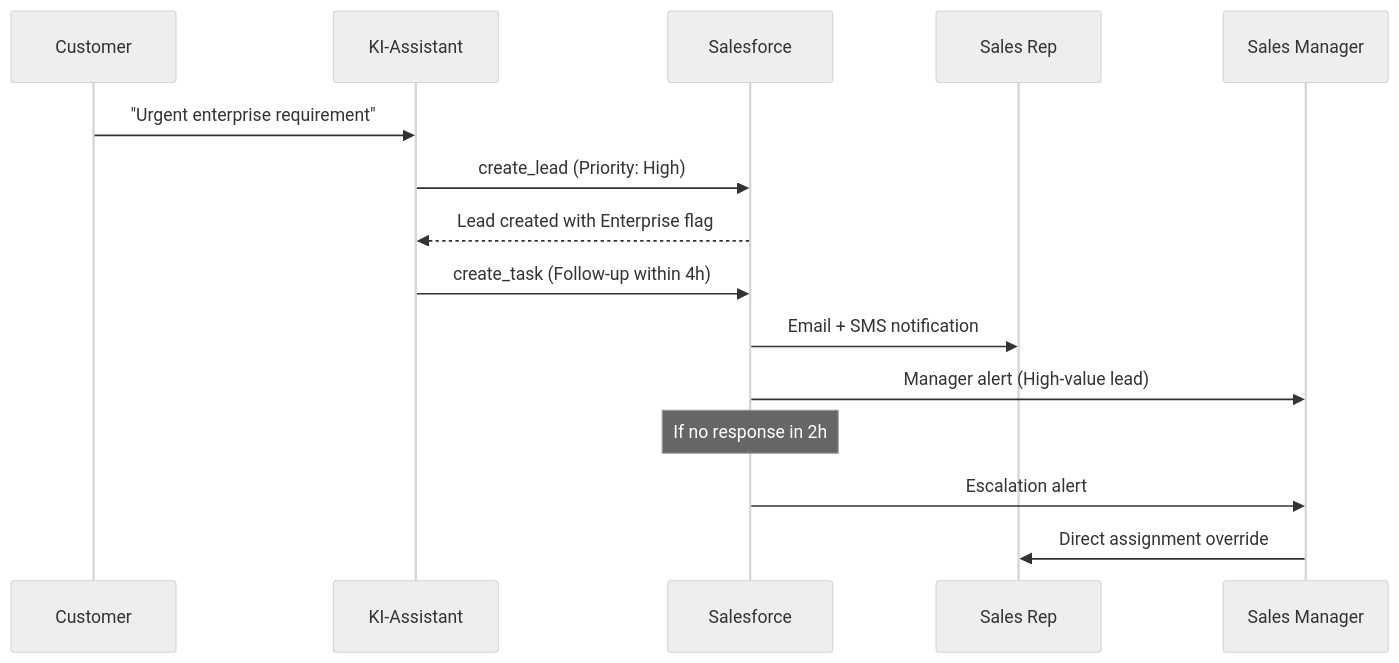
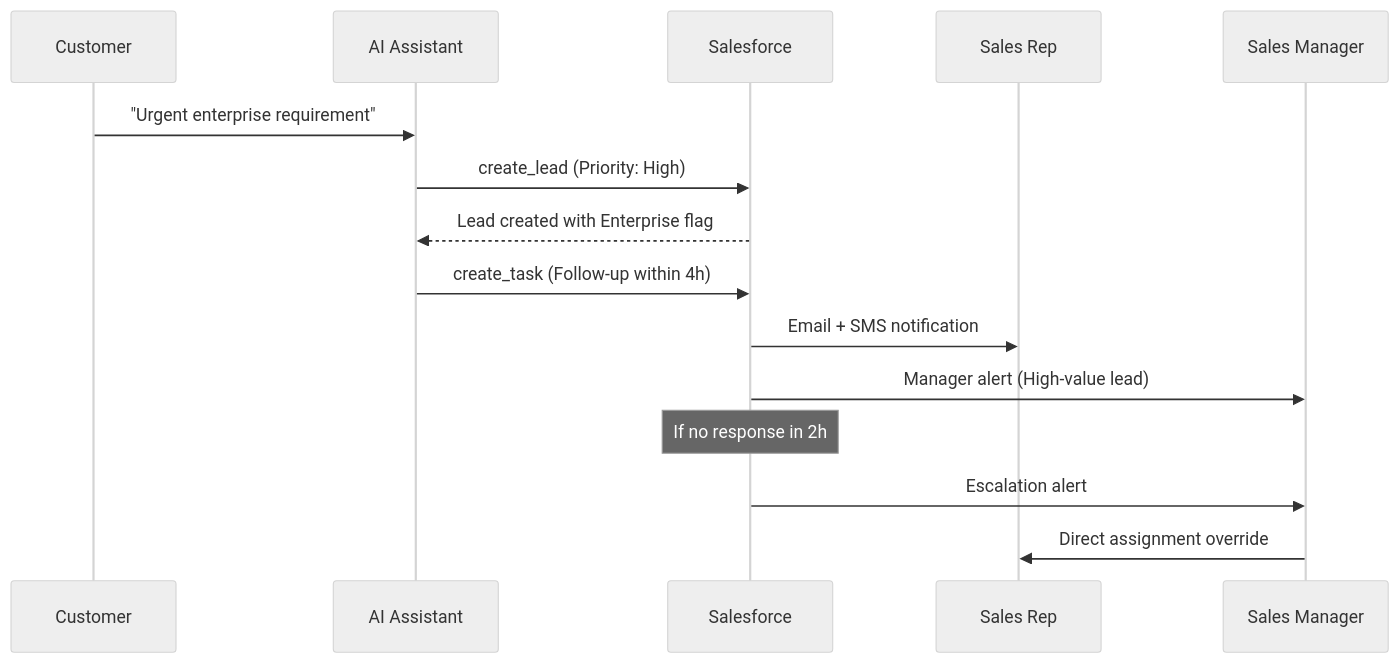
The second of 2 diagrams in en/automation-platform/mid-call-tools/integration-templates/salesforce-integration.mdx (bekgroup/Famulor-docs-de), drawn with Mermaid (neutral theme) before and after one commit. The commit also changed other lines of this file and 20 other files, not shown here.

````diff
--- a/en/automation-platform/mid-call-tools/integration-templates/salesforce-integration.mdx
+++ b/en/automation-platform/mid-call-tools/integration-templates/salesforce-integration.mdx
@@ -482,19 +480,19 @@
 ```mermaid
 sequenceDiagram
     participant C as Customer
-    participant AI as KI-Assistant
+    participant AI as AI Assistant
     participant SF as Salesforce
     participant SR as Sales Rep
     participant SM as Sales Manager
     
     C->>AI: "Urgent enterprise requirement"
     AI->>SF: create_lead (Priority: High)
     SF-->>AI: Lead created with Enterprise flag
     AI->>SF: create_task (Follow-up within 4h)
     SF->>SR: Email + SMS notification
     SF->>SM: Manager alert (High-value lead)
     
     Note over SF: If no response in 2h
     SF->>SM: Escalation alert
     SM->>SR: Direct assignment override
 ```
````
